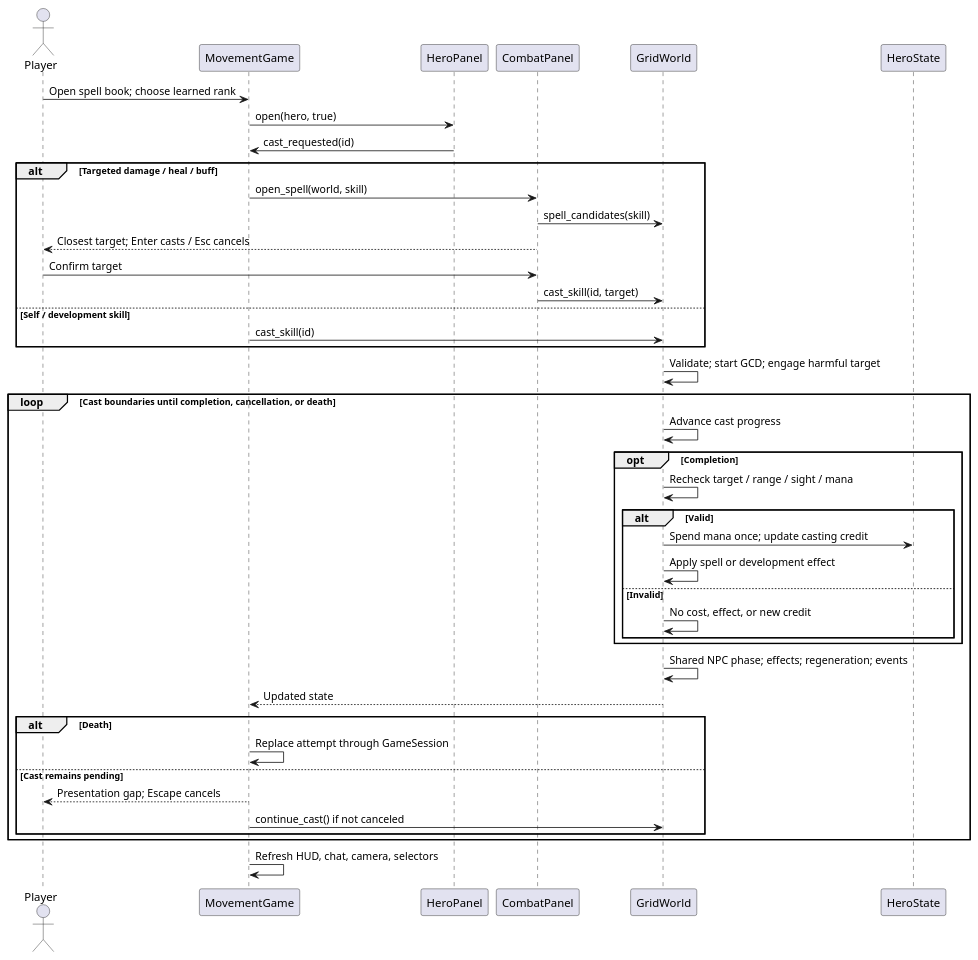
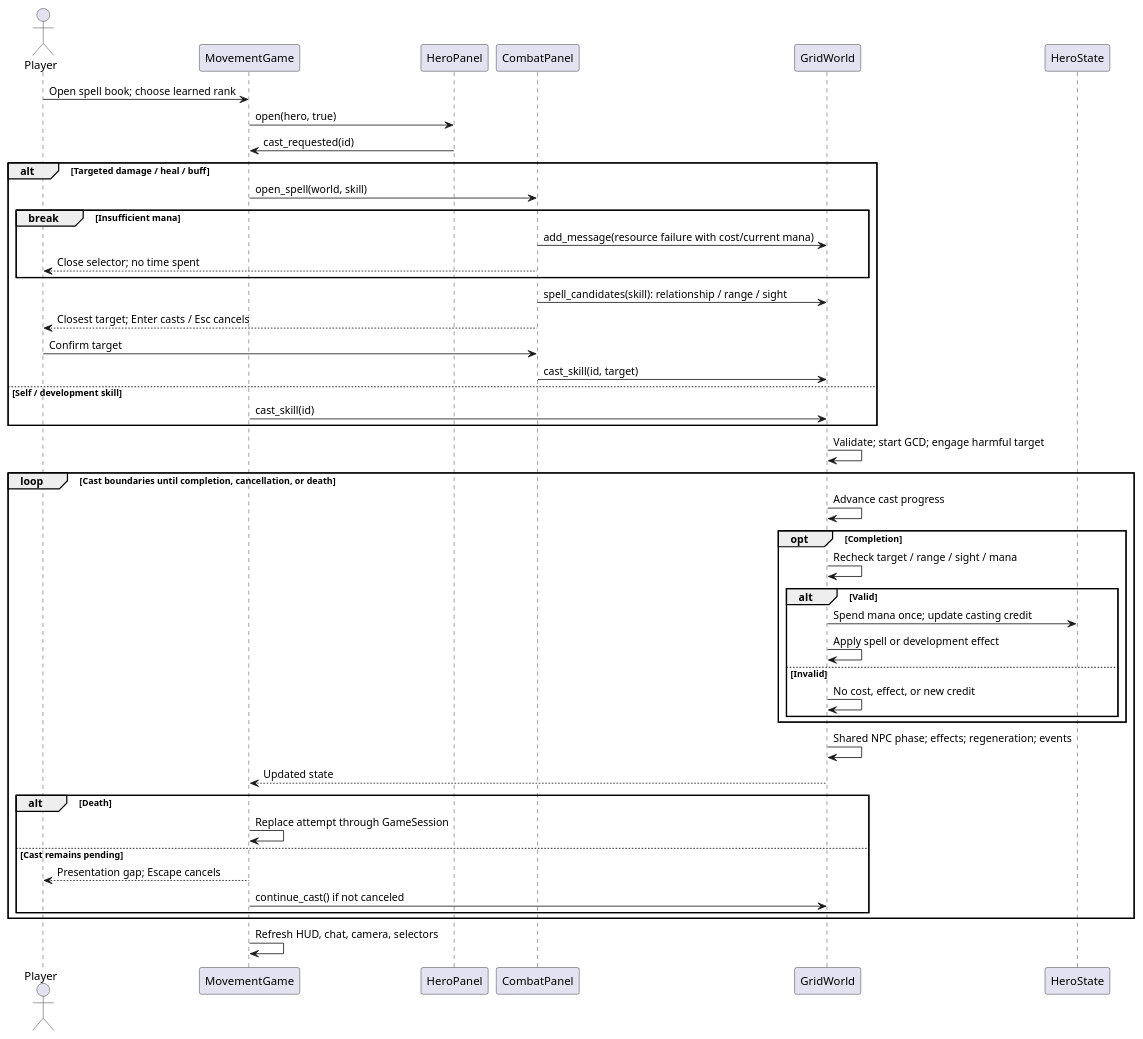
Before and after one commit to VHonzik/Ostinato: the diagram in docs/architecture/sequences/hero_skill.puml, drawn with PlantUML. The commit also changed 9 other files, not shown here.

```diff
--- a/docs/architecture/sequences/hero_skill.puml
+++ b/docs/architecture/sequences/hero_skill.puml
@@ -1,44 +1,48 @@
 @startuml
 !pragma layout smetana
 skinparam shadowing false
 actor Player
 participant MovementGame as Game
 participant HeroPanel as Book
 participant CombatPanel as Targeting
 participant GridWorld as World
 participant HeroState as Hero
 Player -> Game : Open spell book; choose learned rank
 Game -> Book : open(hero, true)
 Book -> Game : cast_requested(id)
 alt Targeted damage / heal / buff
   Game -> Targeting : open_spell(world, skill)
-  Targeting -> World : spell_candidates(skill)
+  break Insufficient mana
+    Targeting -> World : add_message(resource failure with cost/current mana)
+    Targeting --> Player : Close selector; no time spent
+  end
+  Targeting -> World : spell_candidates(skill): relationship / range / sight
   Targeting --> Player : Closest target; Enter casts / Esc cancels
   Player -> Targeting : Confirm target
   Targeting -> World : cast_skill(id, target)
 else Self / development skill
   Game -> World : cast_skill(id)
 end
 World -> World : Validate; start GCD; engage harmful target
 loop Cast boundaries until completion, cancellation, or death
   World -> World : Advance cast progress
   opt Completion
     World -> World : Recheck target / range / sight / mana
     alt Valid
       World -> Hero : Spend mana once; update casting credit
       World -> World : Apply spell or development effect
     else Invalid
       World -> World : No cost, effect, or new credit
     end
   end
   World -> World : Shared NPC phase; effects; regeneration; events
   World --> Game : Updated state
   alt Death
     Game -> Game : Replace attempt through GameSession
   else Cast remains pending
     Game --> Player : Presentation gap; Escape cancels
     Game -> World : continue_cast() if not canceled
   end
 end
 Game -> Game : Refresh HUD, chat, camera, selectors
 @enduml
```
